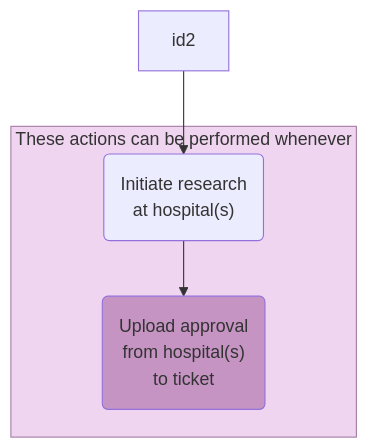
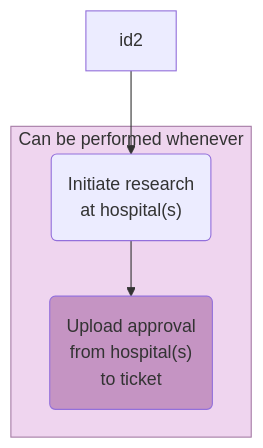
Before and after one commit to elan-dcc/elan-dcc.github.io: the diagram in charts/flowchart/hospital.mmd, drawn with Mermaid. The commit also changed 46 other files, not shown here.

First line of the commit message:
flowchart workflow update

```diff
--- a/charts/flowchart/hospital.mmd
+++ b/charts/flowchart/hospital.mmd
@@ -1,14 +1,14 @@
 flowchart TD
-subgraph external [These actions can be performed whenever]
+subgraph external [Can be performed whenever]
     idC1("Initiate research
     at hospital(s)") --> idC2("Upload approval
     from hospital(s)
     to ticket")
 end
 
 id2 --> idC1
 
 style idC2 fill:#c594c3
 style external fill:#efd5ef, stroke:#a57ca5
 click idC1 "https://elan-dcc.github.io/researchers/researchhospital/" "Research at a hospital"
 click idC2 "https://elanresearch.nl" "ELAN research" _blank
```
